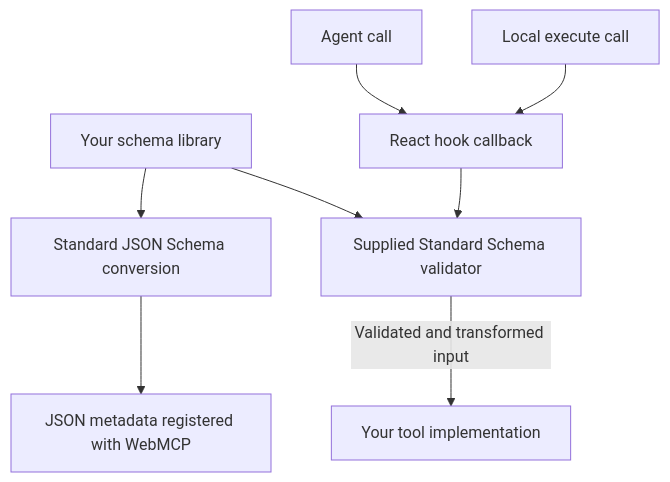
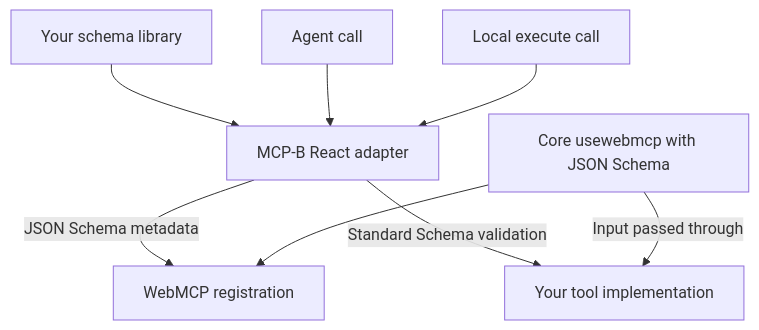
One commit to WebMCP-org/npm-packages changed the second of 2 diagrams in apps/documentation-website/explanation/strict-core-vs-mcp-b-extensions.mdx. Above: the diagram before and after it, drawn with Mermaid. The commit also changed other lines of this file and 31 other files, not shown here.

Commit message:
refactor(usewebmcp): keep core hooks upstream-only

````diff
--- a/apps/documentation-website/explanation/strict-core-vs-mcp-b-extensions.mdx
+++ b/apps/documentation-website/explanation/strict-core-vs-mcp-b-extensions.mdx
@@ -71,10 +70,10 @@
 ```mermaid
 flowchart TD
-  Schema["Your schema library"] --> Metadata["Standard JSON Schema conversion"]
-  Metadata --> Browser["JSON metadata registered with WebMCP"]
-  Schema --> Validator["Supplied Standard Schema validator"]
-  Agent["Agent call"] --> Hook["React hook callback"]
-  Local["Local execute call"] --> Hook
-  Hook --> Validator
-  Validator -->|"Validated and transformed input"| Handler["Your tool implementation"]
+  Schema["Your schema library"] --> Adapter["MCP-B React adapter"]
+  Adapter -->|"JSON Schema metadata"| Browser["WebMCP registration"]
+  Agent["Agent call"] --> Adapter
+  Local["Local execute call"] --> Adapter
+  Adapter -->|"Standard Schema validation"| Handler["Your tool implementation"]
+  Core["Core usewebmcp with JSON Schema"] --> Browser
+  Core -->|"Input passed through"| Handler
 ```
````
